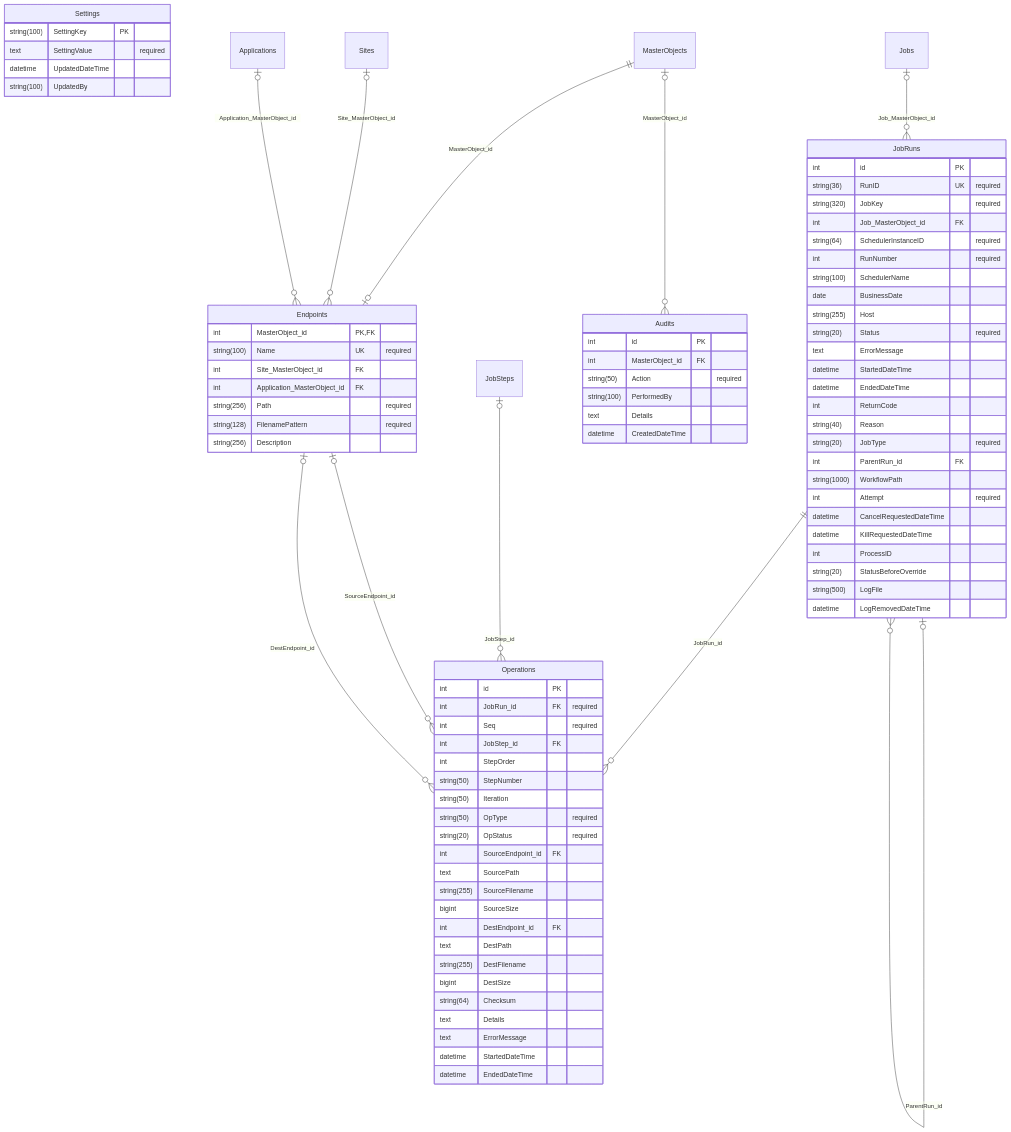
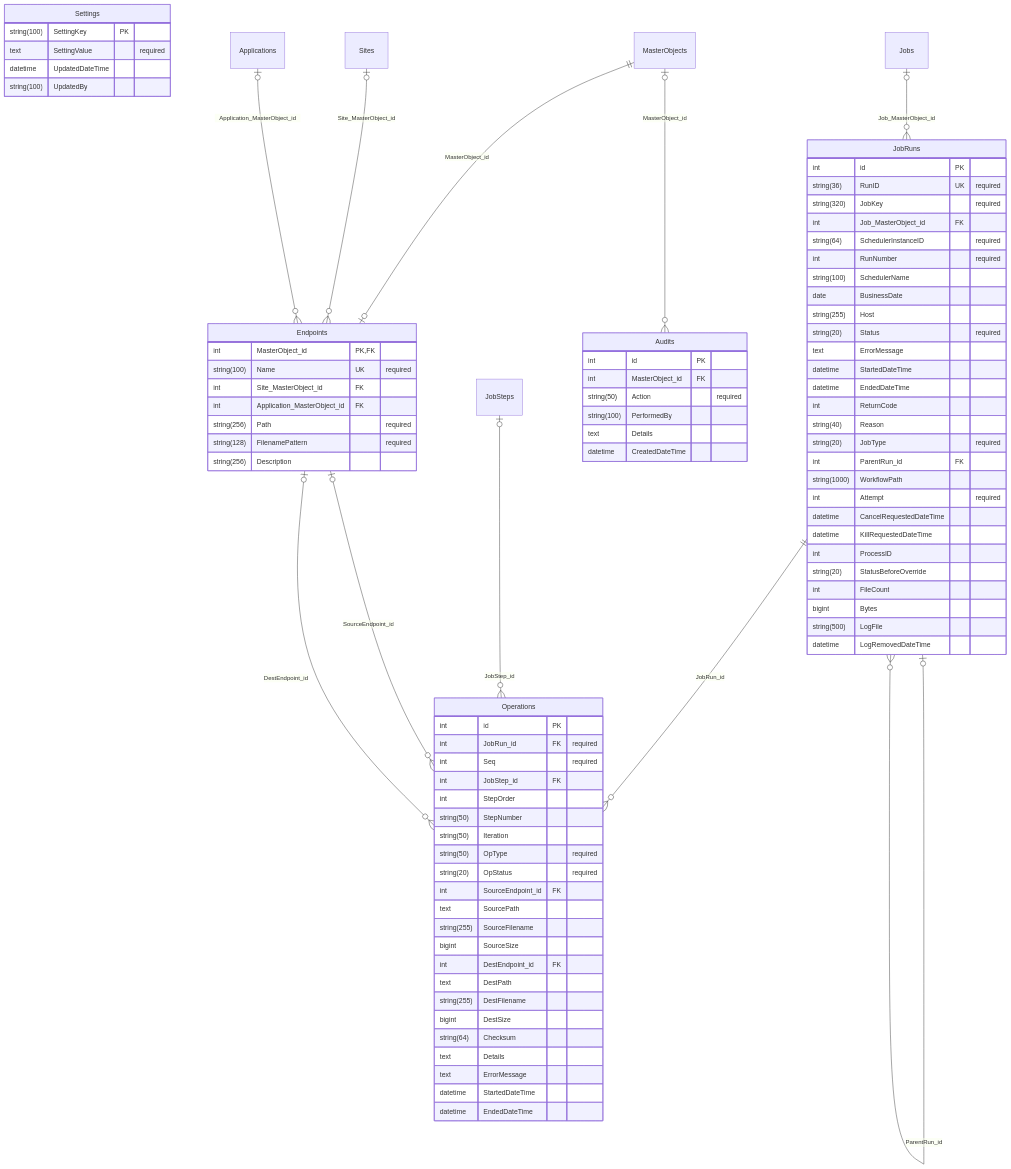
Before and after one commit to JayCBoal/AutomationApp: the fifth of 5 diagrams in docs/DB_SCHEMA.md, drawn with Mermaid. The commit also changed other lines of this file and 40 other files, not shown here.

```diff
--- a/docs/DB_SCHEMA.md
+++ b/docs/DB_SCHEMA.md
@@ -367,6 +386,8 @@
         datetime KillRequestedDateTime
         int ProcessID
         string(20) StatusBeforeOverride
+        int FileCount
+        bigint Bytes
         string(500) LogFile
         datetime LogRemovedDateTime
     }
```
